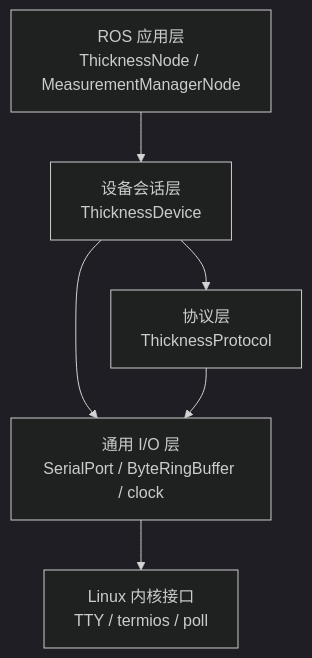
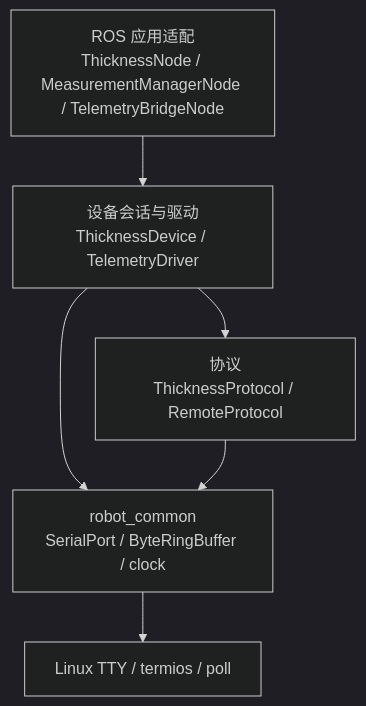
One commit to pingqiaoL/Dual_magneticd_wheel_ros2_code changed the first of 2 diagrams in docs/architecture/系统架构.md. Above: the diagram before and after it, drawn with Mermaid (dark theme). The commit also changed other lines of this file and 141 other files, not shown here.

````diff
--- a/docs/architecture/系统架构.md
+++ b/docs/architecture/系统架构.md
@@ -28,14 +30,13 @@
 ```mermaid
 flowchart TB
-    APP[ROS 应用层\nThicknessNode / MeasurementManagerNode]
-    DEVICE[设备会话层\nThicknessDevice]
-    PROTOCOL[协议层\nThicknessProtocol]
-    IO[通用 I/O 层\nSerialPort / ByteRingBuffer / clock]
-    KERNEL[Linux 内核接口\nTTY / termios / poll]
-
+    APP["ROS 应用适配<br/>ThicknessNode / MeasurementManagerNode / TelemetryBridgeNode"]
+    DEVICE["设备会话与驱动<br/>ThicknessDevice / TelemetryDriver"]
+    PROTO["协议<br/>ThicknessProtocol / RemoteProtocol"]
+    COMMON["robot_common<br/>SerialPort / ByteRingBuffer / clock"]
+    KERNEL["Linux TTY / termios / poll"]
     APP --> DEVICE
-    DEVICE --> PROTOCOL
-    DEVICE --> IO
-    PROTOCOL --> IO
-    IO --> KERNEL
+    DEVICE --> PROTO
+    DEVICE --> COMMON
+    PROTO --> COMMON
+    COMMON --> KERNEL
 ```
````
